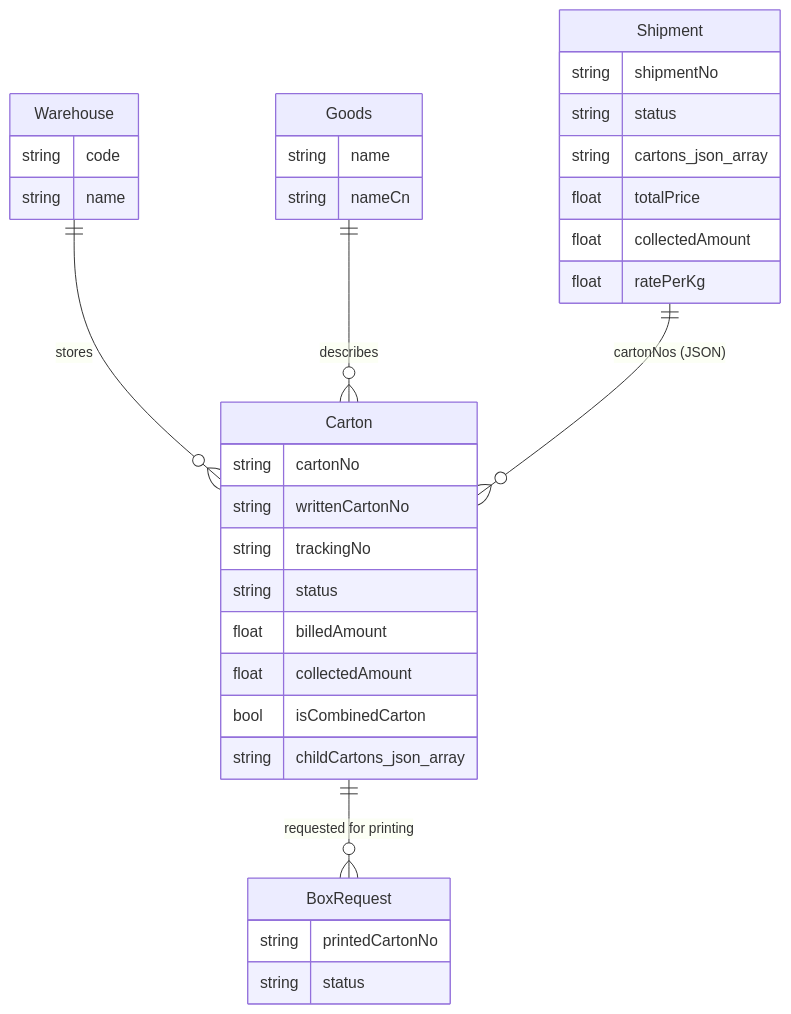
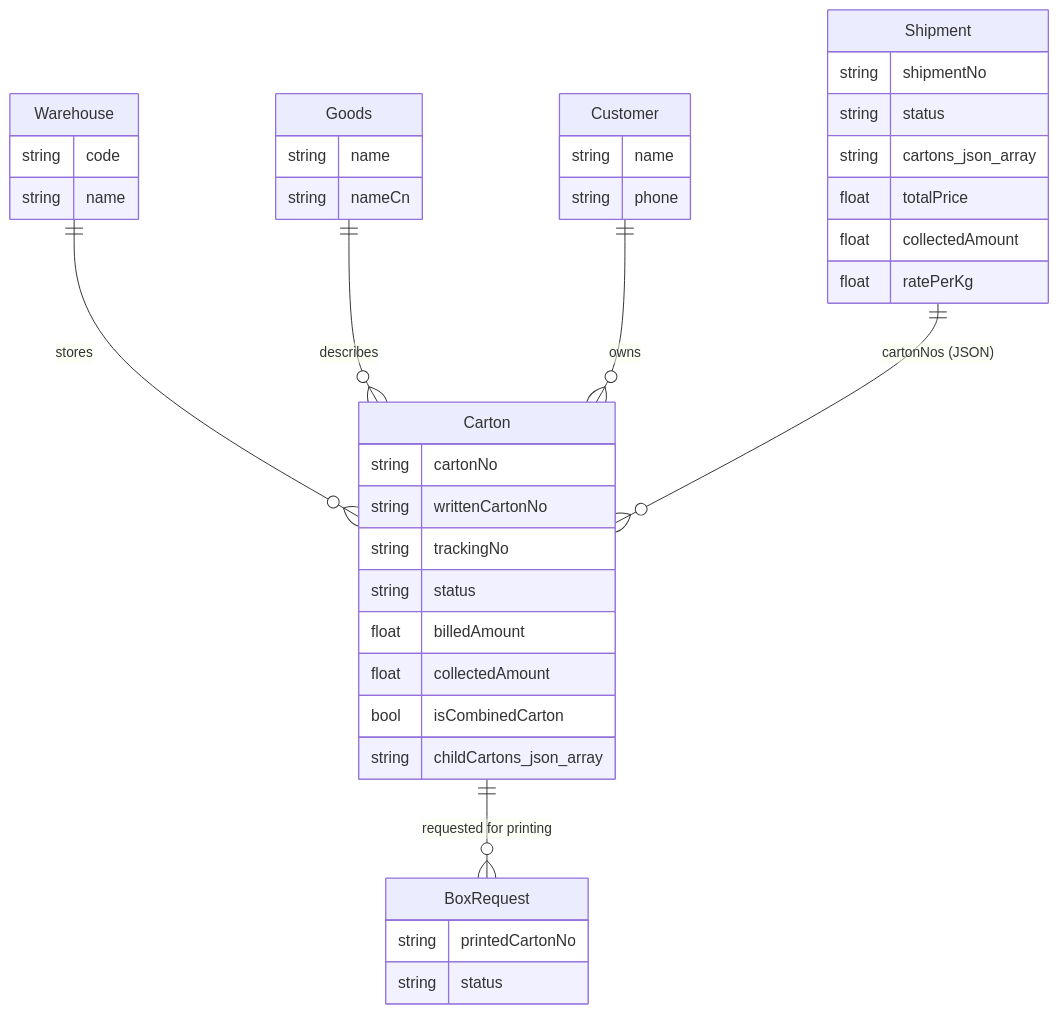
The first of 2 diagrams in documents/db-readme.md (linkon63/erp-module-project-proposal), drawn with Mermaid before and after one commit. The commit also changed other lines of this file and 18 other files, not shown here.

````diff
--- a/documents/db-readme.md
+++ b/documents/db-readme.md
@@ -7,37 +7,42 @@
 ```mermaid
 erDiagram
   Warehouse ||--o{ Carton : stores
   Goods ||--o{ Carton : describes
+  Customer ||--o{ Carton : owns
   Carton ||--o{ BoxRequest : "requested for printing"
   Shipment {
     string shipmentNo
     string status
     string cartons_json_array
     float totalPrice
     float collectedAmount
     float ratePerKg
   }
   Carton {
     string cartonNo
     string writtenCartonNo
     string trackingNo
     string status
     float billedAmount
     float collectedAmount
     bool isCombinedCarton
     string childCartons_json_array
   }
   Warehouse {
     string code
     string name
   }
   Goods {
     string name
     string nameCn
   }
+  Customer {
+    string name
+    string phone
+  }
   BoxRequest {
     string printedCartonNo
     string status
   }
   Shipment ||--o{ Carton : "cartonNos (JSON)"
 ```
````
